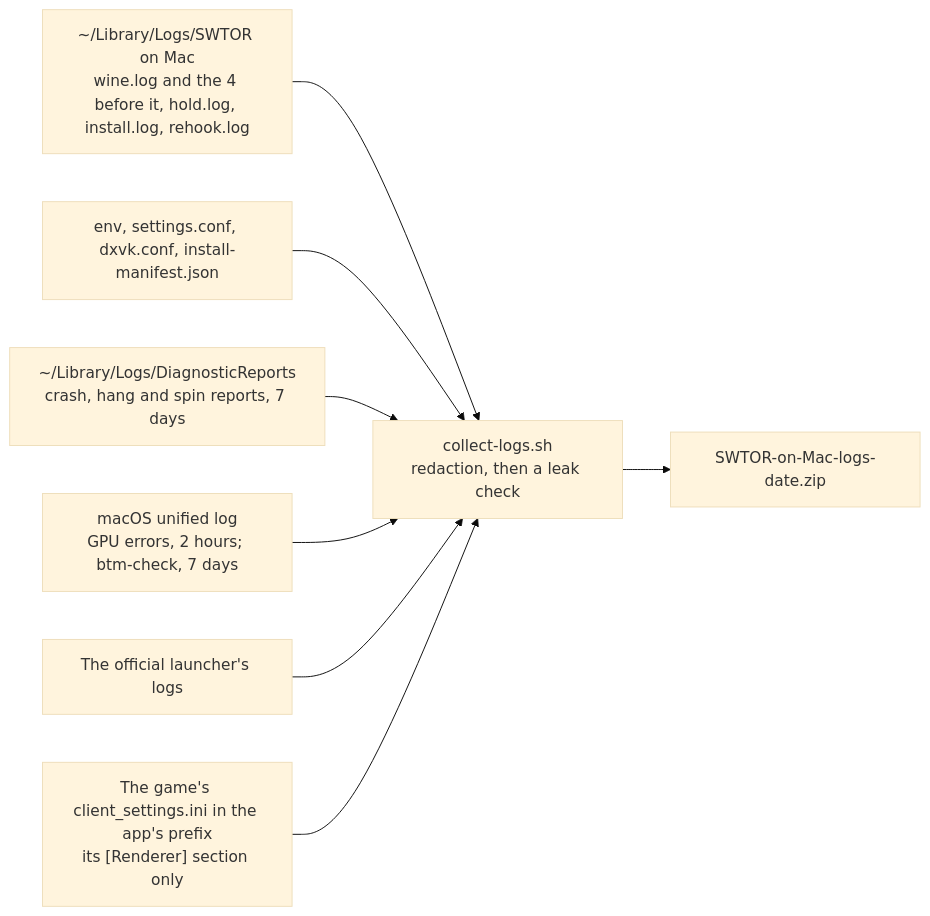
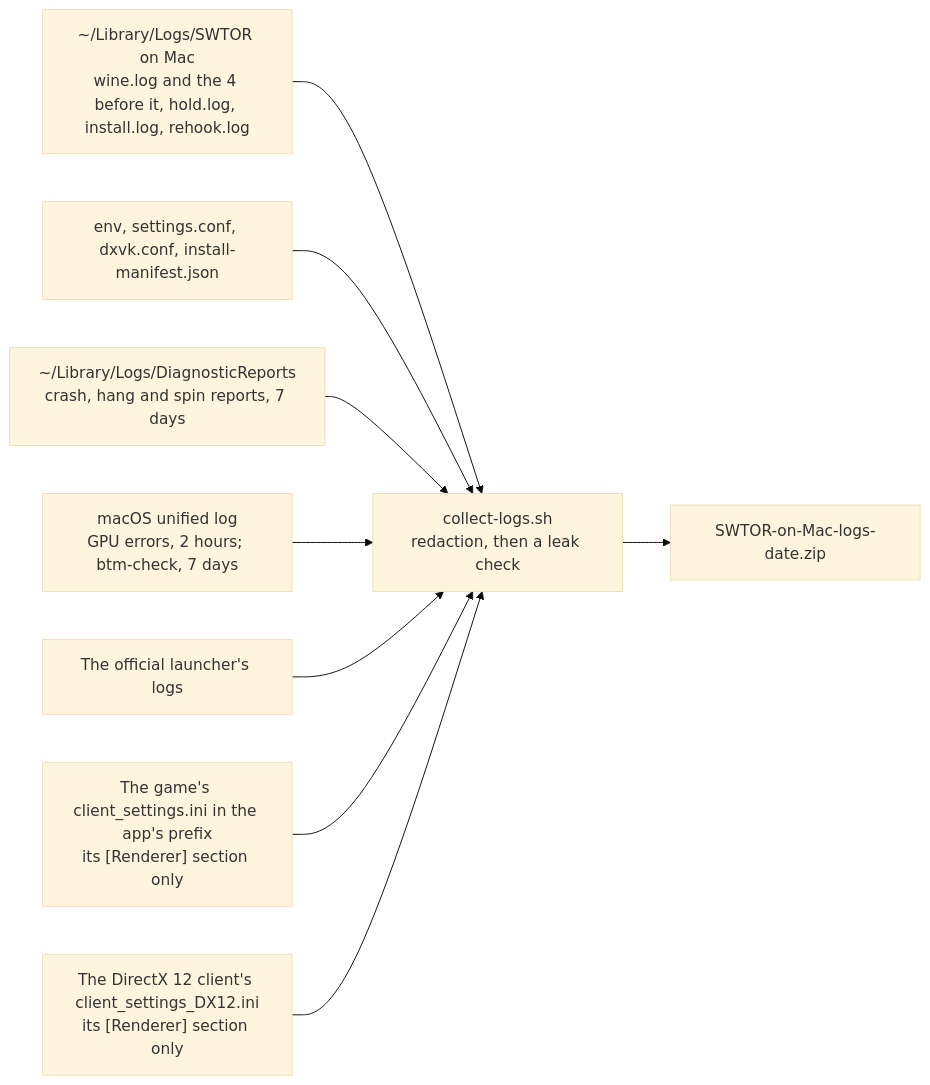
Before and after one commit to jdrly/swtor-on-mac: the third of 3 diagrams in README.md, drawn with Mermaid (base theme). The commit also changed 3 other files, not shown here.

First line of the commit message:
Collect Logs: Carry the DirectX 12 client's graphics settings too, client_settings_DX12.ini's [Renderer] section alone

````diff
--- a/README.md
+++ b/README.md
@@ -334,10 +334,11 @@
 ```mermaid
 flowchart LR
   logs["~/Library/Logs/SWTOR on Mac<br/>wine.log and the 4 before it, hold.log, install.log, rehook.log"] --> cl
   conf["env, settings.conf, dxvk.conf, install-manifest.json"] --> cl
   diag["~/Library/Logs/DiagnosticReports<br/>crash, hang and spin reports, 7 days"] --> cl
   ulog["macOS unified log<br/>GPU errors, 2 hours; btm-check, 7 days"] --> cl
   llogs["The official launcher's logs"] --> cl
   gset["The game's client_settings.ini in the app's prefix<br/>its [Renderer] section only"] --> cl
+  gset12["The DirectX 12 client's client_settings_DX12.ini<br/>its [Renderer] section only"] --> cl
   cl["collect-logs.sh<br/>redaction, then a leak check"] --> zip["SWTOR-on-Mac-logs-date.zip"]
 ```
````
